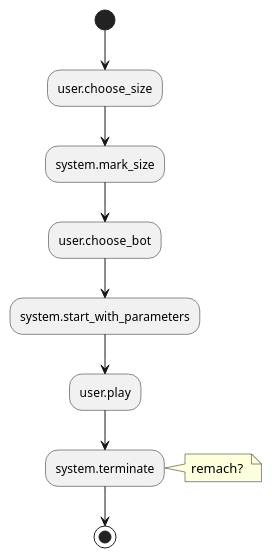
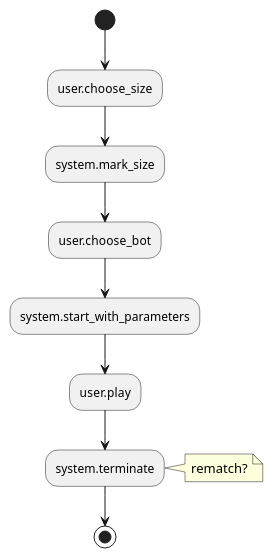
Before and after one commit to buczekxpompa/ProjektTP: the diagram in uml/activity - play a game.puml, drawn with PlantUML. The commit also changed 1 other file, not shown here.

```diff
--- a/uml/activity - play a game.puml
+++ b/uml/activity - play a game.puml
@@ -1,15 +1,15 @@
 @startuml
 
 (*) --> user.choose_size
 --> system.mark_size
 --> user.choose_bot
 --> system.start_with_parameters
 --> user.play
 --> system.terminate 
 note right
-remach? 
+rematch?
 end note 
 --> (*)
 
 
 @enduml
```
